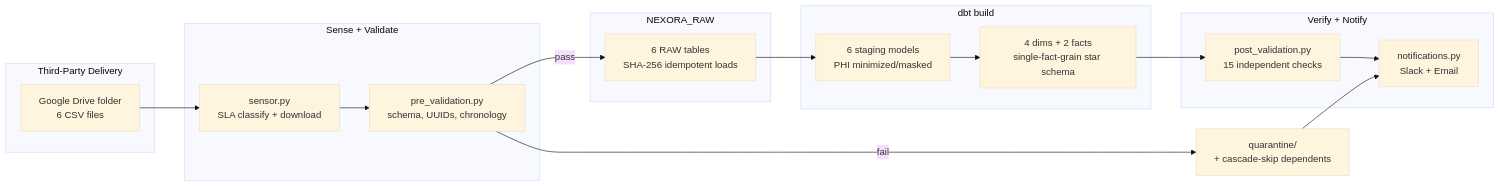
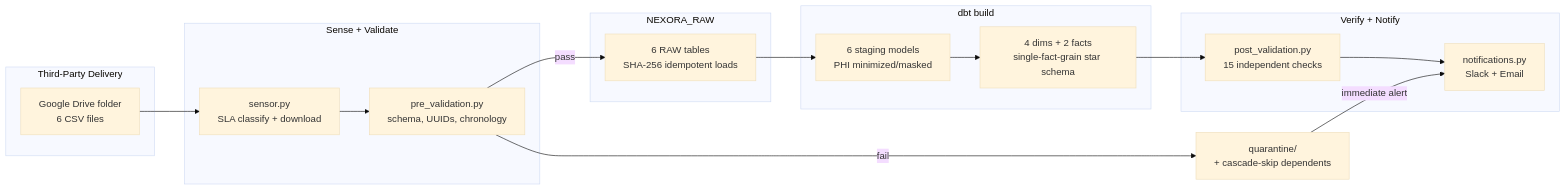
Before and after one commit to yoismail/caresync_project: the diagram in README.md, drawn with Mermaid (base theme). The commit also changed other lines of this file, not shown here.

First line of the commit message:
Document immediate quarantine alerts

````diff
--- a/README.md
+++ b/README.md
@@ -101,35 +102,35 @@
 ```mermaid
 flowchart LR
     subgraph SRC["Third-Party Delivery"]
         DRIVE["Google Drive folder<br/>6 CSV files"]
     end
 
     subgraph SENSE["Sense + Validate"]
         SENSOR["sensor.py<br/>SLA classify + download"]
         PREVAL["pre_validation.py<br/>schema, UUIDs, chronology"]
     end
 
     subgraph RAW["NEXORA_RAW"]
         RAWT["6 RAW tables<br/>SHA-256 idempotent loads"]
     end
 
     subgraph DBT["dbt build"]
         STG["6 staging models<br/>PHI minimized/masked"]
         MARTS["4 dims + 2 facts<br/>single-fact-grain star schema"]
     end
 
     subgraph VERIFY["Verify + Notify"]
         POSTVAL["post_validation.py<br/>15 independent checks"]
         NOTIFY["notifications.py<br/>Slack + Email"]
     end
 
     DRIVE --> SENSOR
     SENSOR --> PREVAL
     PREVAL -->|pass| RAWT
     PREVAL -->|fail| QUARANTINE["quarantine/<br/>+ cascade-skip dependents"]
     RAWT --> STG
     STG --> MARTS
     MARTS --> POSTVAL
     POSTVAL --> NOTIFY
-    QUARANTINE --> NOTIFY
+    QUARANTINE -->|immediate alert| NOTIFY
 ```
````
